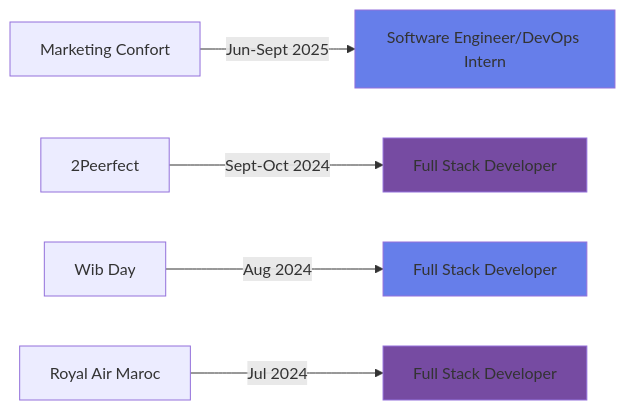
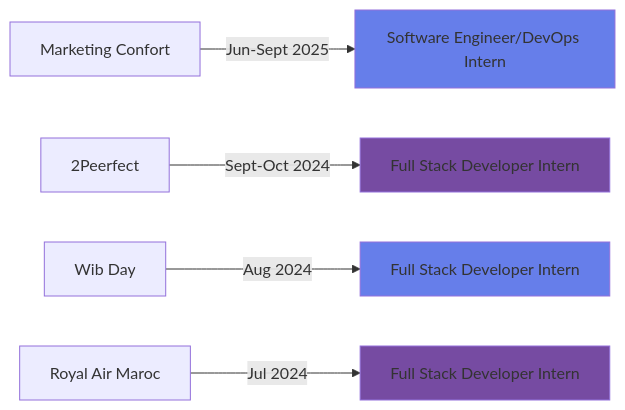
Before and after one commit to craxelfn/craxelfn: the diagram in README.md, drawn with Mermaid.

````diff
--- a/README.md
+++ b/README.md
@@ -224,12 +224,12 @@
 ```mermaid
 graph LR
     A[Marketing Confort] -->|Jun-Sept 2025| B[Software Engineer/DevOps Intern]
-    C[2Peerfect] -->|Sept-Oct 2024| D[Full Stack Developer]
-    E[Wib Day] -->|Aug 2024| F[Full Stack Developer]
-    G[Royal Air Maroc] -->|Jul 2024| H[Full Stack Developer]
+    C[2Peerfect] -->|Sept-Oct 2024| D[Full Stack Developer Intern ]
+    E[Wib Day] -->|Aug 2024| F[Full Stack Developer Intern]
+    G[Royal Air Maroc] -->|Jul 2024| H[Full Stack Developer Intern]
     
     style B fill:#667eea
     style D fill:#764ba2
     style F fill:#667eea
     style H fill:#764ba2
 ```
````
